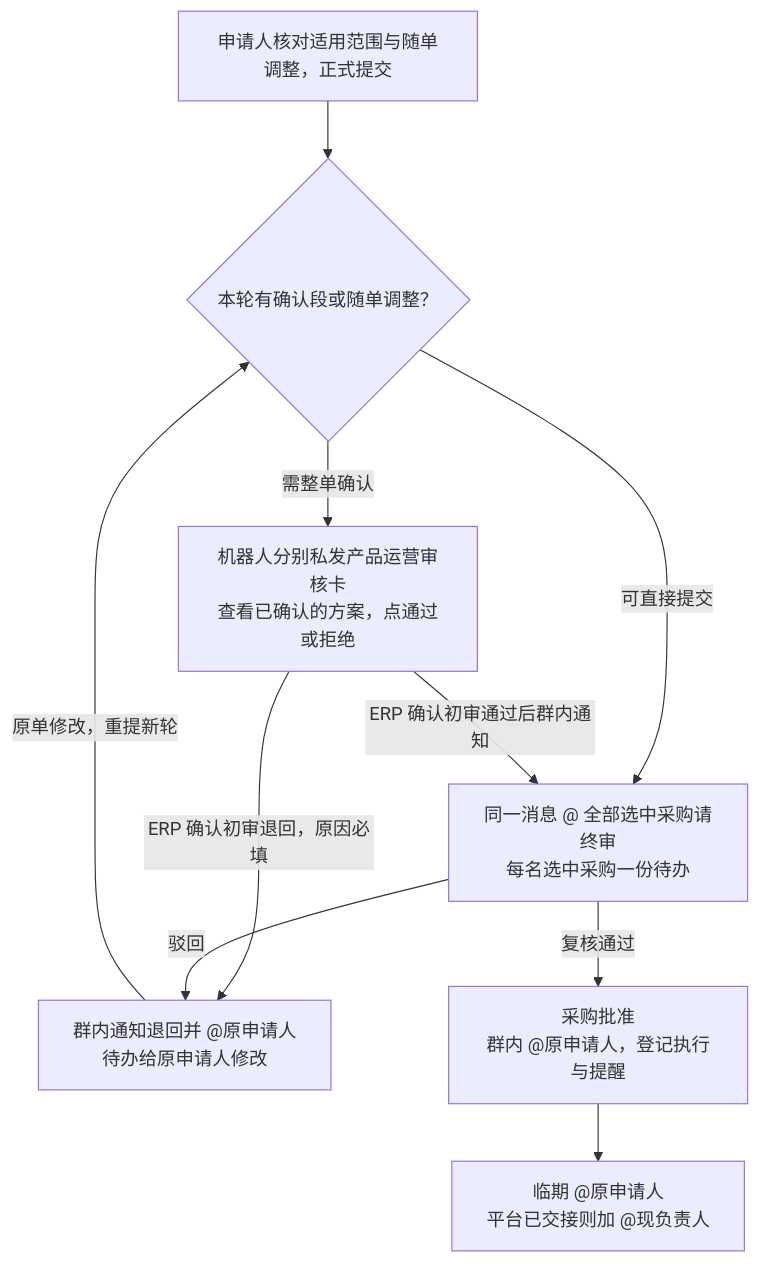
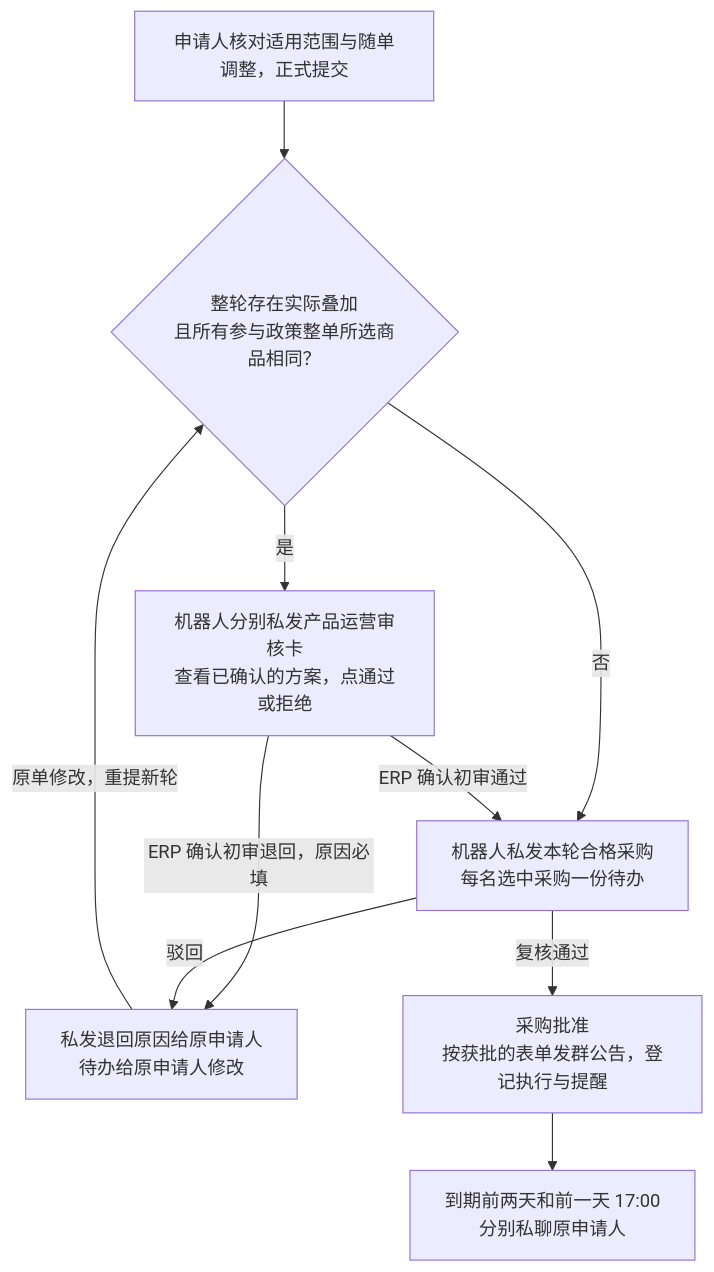
The diagram in docs/architecture/policy-workflow-feishu-technical-design.md (szhi1488/differentiated-policy), drawn with Mermaid before and after one commit. The commit also changed other lines of this file and 175 other files, not shown here.

````diff
--- a/docs/architecture/policy-workflow-feishu-technical-design.md
+++ b/docs/architecture/policy-workflow-feishu-technical-design.md
@@ -58,12 +59,12 @@
 ```mermaid
 flowchart TD
-    A["申请人核对适用范围与随单调整，正式提交"] --> B{"本轮有确认段或随单调整？"}
-    B -->|"需整单确认"| C["机器人分别私发产品运营审核卡<br/>查看已确认的方案，点通过或拒绝"]
-    B -->|"可直接提交"| E["同一消息 @ 全部选中采购请终审<br/>每名选中采购一份待办"]
-    C -->|"ERP 确认初审通过后群内通知"| E
-    C -->|"ERP 确认初审退回，原因必填"| R["群内通知退回并 @原申请人<br/>待办给原申请人修改"]
+    A["申请人核对适用范围与随单调整，正式提交"] --> B{"整轮存在实际叠加<br/>且所有参与政策整单所选商品相同？"}
+    B -->|"是"| C["机器人分别私发产品运营审核卡<br/>查看已确认的方案，点通过或拒绝"]
+    B -->|"否"| E["机器人私发本轮合格采购<br/>每名选中采购一份待办"]
+    C -->|"ERP 确认初审通过"| E
+    C -->|"ERP 确认初审退回，原因必填"| R["私发退回原因给原申请人<br/>待办给原申请人修改"]
     E -->|"驳回"| R
     R -->|"原单修改，重提新轮"| B
-    E -->|"复核通过"| G["采购批准<br/>群内 @原申请人，登记执行与提醒"]
-    G --> H["临期 @原申请人<br/>平台已交接则加 @现负责人"]
+    E -->|"复核通过"| G["采购批准<br/>按获批的表单发群公告，登记执行与提醒"]
+    G --> H["到期前两天和前一天 17:00<br/>分别私聊原申请人"]
 ```
````
